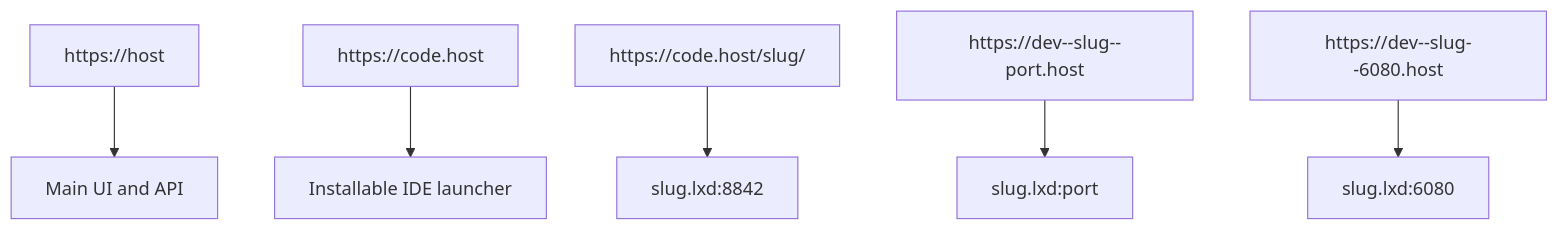
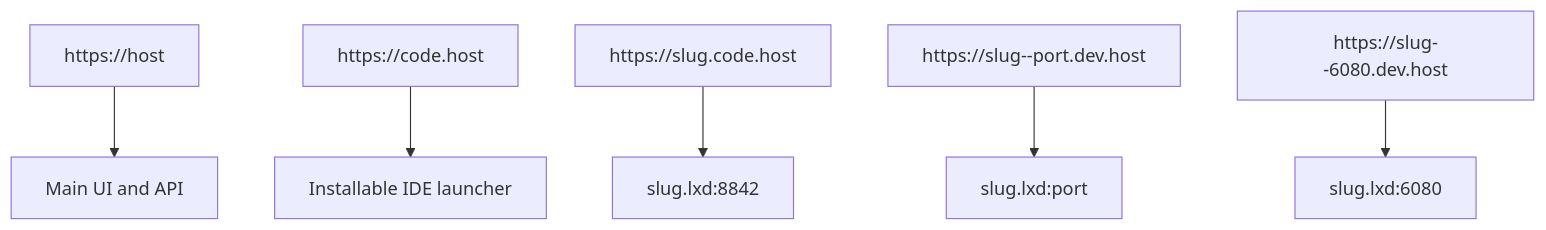
The sixth of 7 diagrams in docs/03-platform/06-previews-and-browser.md (AbdallahMohamedDotnet/remote.futrx), drawn with Mermaid before and after one commit. The commit also changed other lines of this file and 47 other files, not shown here.

Commit message:
Limit wildcard HTTPS to Code Server hosts; restore existing previews

````diff
--- a/docs/03-platform/06-previews-and-browser.md
+++ b/docs/03-platform/06-previews-and-browser.md
@@ -148,8 +148,8 @@
 ```mermaid
 flowchart TD
     Main["https://host"] --> Backend["Main UI and API"]
     IDELauncher["https://code.host"] --> Launcher["Installable IDE launcher"]
-    IDEProject["https://code.host/slug/"] --> CodeServer["slug.lxd:8842"]
-    Preview["https://dev--slug--port.host"] --> ProjectApp["slug.lxd:port"]
-    AgentView["https://dev--slug--6080.host"] --> NoVNC["slug.lxd:6080"]
+    IDEProject["https://slug.code.host"] --> CodeServer["slug.lxd:8842"]
+    Preview["https://slug--port.dev.host"] --> ProjectApp["slug.lxd:port"]
+    AgentView["https://slug--6080.dev.host"] --> NoVNC["slug.lxd:6080"]
 ```
````
